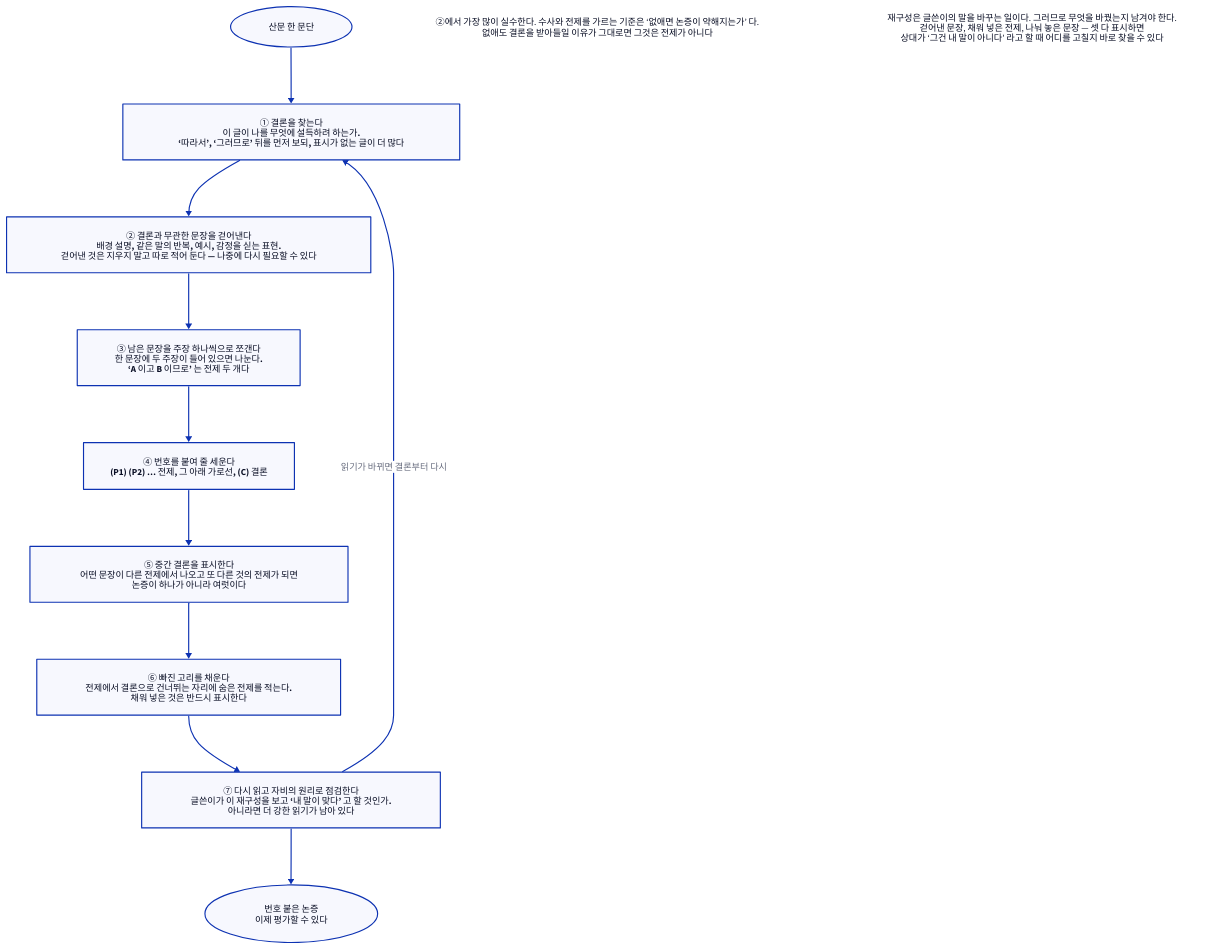
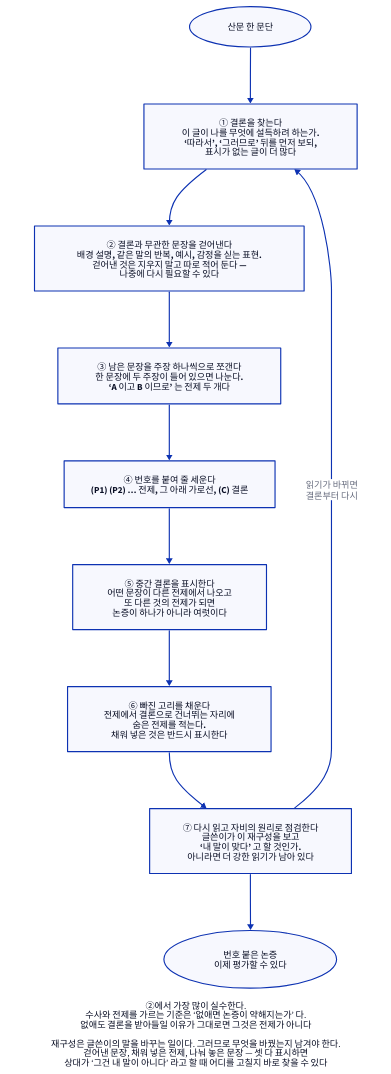
Before and after one commit to Dong-gi/Dong-gi.github.io: the diagram in d2/philosophy/phi-m-reconstruct-steps.d2, drawn with D2. The commit also changed 295 other files, not shown here.

```diff
--- a/d2/philosophy/phi-m-reconstruct-steps.d2
+++ b/d2/philosophy/phi-m-reconstruct-steps.d2
@@ -1,30 +1,26 @@
 # 논증 재구성의 절차 — 철학 4장.
 #
 # 무엇을 읽어야 하나: 순서가 정해져 있다는 것. 특히 결론을 먼저 잡는다는 것이 요점이다.
 # 결론을 정하지 않은 채 전제를 고르면 무엇이 논증에 들어가야 하는지를 판단할 수 없다.
 direction: down
 
 글: { label: "산문 한 문단"; shape: oval; style.bold: true }
 
-s1: { label: "① 결론을 찾는다\n이 글이 나를 무엇에 설득하려 하는가.\n‘따라서’, ‘그러므로’ 뒤를 먼저 보되, 표시가 없는 글이 더 많다"; style.bold: true }
-s2: { label: "② 결론과 무관한 문장을 걷어낸다\n배경 설명, 같은 말의 반복, 예시, 감정을 싣는 표현.\n걷어낸 것은 지우지 말고 따로 적어 둔다 — 나중에 다시 필요할 수 있다" }
+s1: { label: "① 결론을 찾는다\n이 글이 나를 무엇에 설득하려 하는가.\n‘따라서’, ‘그러므로’ 뒤를 먼저 보되,\n표시가 없는 글이 더 많다"; style.bold: true }
+s2: { label: "② 결론과 무관한 문장을 걷어낸다\n배경 설명, 같은 말의 반복, 예시, 감정을 싣는 표현.\n걷어낸 것은 지우지 말고 따로 적어 둔다 —\n나중에 다시 필요할 수 있다" }
 s3: { label: "③ 남은 문장을 주장 하나씩으로 쪼갠다\n한 문장에 두 주장이 들어 있으면 나눈다.\n‘A 이고 B 이므로’ 는 전제 두 개다" }
 s4: { label: "④ 번호를 붙여 줄 세운다\n(P1) (P2) … 전제, 그 아래 가로선, (C) 결론" }
-s5: { label: "⑤ 중간 결론을 표시한다\n어떤 문장이 다른 전제에서 나오고 또 다른 것의 전제가 되면\n논증이 하나가 아니라 여럿이다" }
-s6: { label: "⑥ 빠진 고리를 채운다\n전제에서 결론으로 건너뛰는 자리에 숨은 전제를 적는다.\n채워 넣은 것은 반드시 표시한다"; style.bold: true }
-s7: { label: "⑦ 다시 읽고 자비의 원리로 점검한다\n글쓴이가 이 재구성을 보고 ‘내 말이 맞다’ 고 할 것인가.\n아니라면 더 강한 읽기가 남아 있다"; style.bold: true }
+s5: { label: "⑤ 중간 결론을 표시한다\n어떤 문장이 다른 전제에서 나오고\n또 다른 것의 전제가 되면\n논증이 하나가 아니라 여럿이다" }
+s6: { label: "⑥ 빠진 고리를 채운다\n전제에서 결론으로 건너뛰는 자리에\n숨은 전제를 적는다.\n채워 넣은 것은 반드시 표시한다"; style.bold: true }
+s7: { label: "⑦ 다시 읽고 자비의 원리로 점검한다\n글쓴이가 이 재구성을 보고\n‘내 말이 맞다’ 고 할 것인가.\n아니라면 더 강한 읽기가 남아 있다"; style.bold: true }
 
 논증: { label: "번호 붙은 논증\n이제 평가할 수 있다"; shape: oval; style.bold: true }
 
 글 -> s1 -> s2 -> s3 -> s4 -> s5 -> s6 -> s7 -> 논증
-s7 -> s1: "읽기가 바뀌면 결론부터 다시"
+s7 -> s1: "읽기가 바뀌면\n결론부터 다시"
 
-주의: {
-  label: "②에서 가장 많이 실수한다. 수사와 전제를 가르는 기준은 ‘없애면 논증이 약해지는가’ 다.\n없애도 결론을 받아들일 이유가 그대로면 그것은 전제가 아니다"
+메모: {
   shape: text
+  near: bottom-center
+  label: "②에서 가장 많이 실수한다.\n수사와 전제를 가르는 기준은 ‘없애면 논증이 약해지는가’ 다.\n없애도 결론을 받아들일 이유가 그대로면 그것은 전제가 아니다\n\n재구성은 글쓴이의 말을 바꾸는 일이다. 그러므로 무엇을 바꿨는지 남겨야 한다.\n걷어낸 문장, 채워 넣은 전제, 나눠 놓은 문장 — 셋 다 표시하면\n상대가 ‘그건 내 말이 아니다’ 라고 할 때 어디를 고칠지 바로 찾을 수 있다"
 }
-
-정직: {
-  label: "재구성은 글쓴이의 말을 바꾸는 일이다. 그러므로 무엇을 바꿨는지 남겨야 한다.\n걷어낸 문장, 채워 넣은 전제, 나눠 놓은 문장 — 셋 다 표시하면\n상대가 ‘그건 내 말이 아니다’ 라고 할 때 어디를 고칠지 바로 찾을 수 있다"
-  shape: text
-}
```
